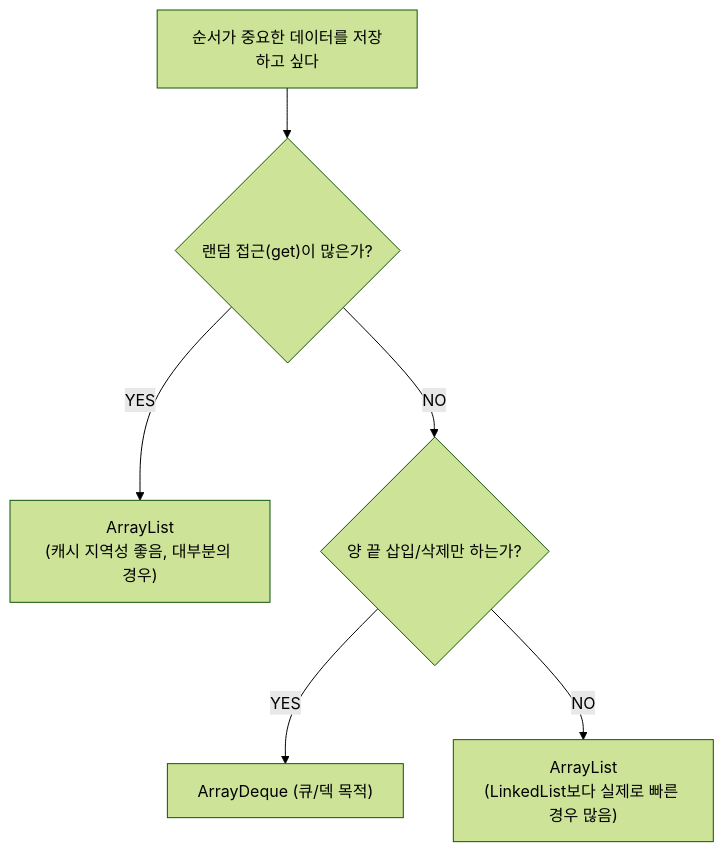
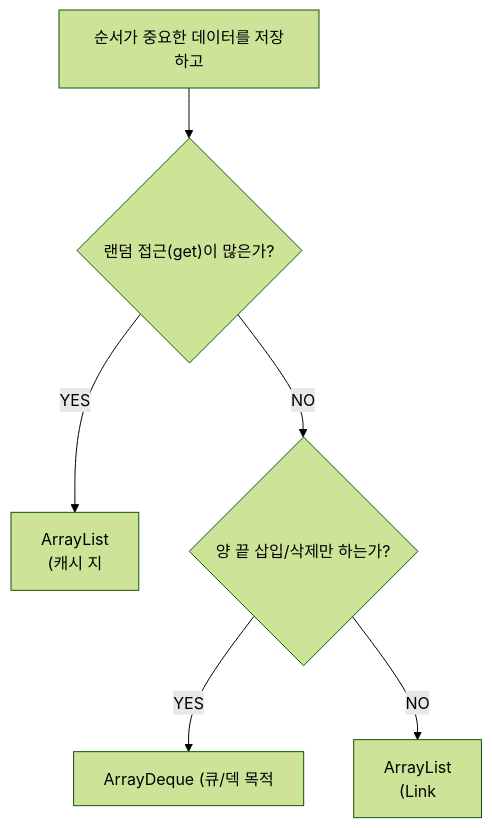
One commit to yjkim2015/yjkim2015.github.io changed diagram 19 of 21 in _posts/java/2026-05-01-java-collections.md. Above: the diagram before and after it, drawn with Mermaid (forest theme). The commit also changed other lines of this file and 271 other files, not shown here.

First line of the commit message:
Mermaid 라벨 축소: 긴 노드 텍스트 18자 이하로 트림 + \n 제거

````diff
--- a/_posts/java/2026-05-01-java-collections.md
+++ b/_posts/java/2026-05-01-java-collections.md
@@ -958,14 +958,14 @@
 ```mermaid
 graph TD
-    L0["순서가 중요한 데이터를 저장하고 싶다"]
+    L0["순서가 중요한 데이터를 저장하고"]
     L1{"랜덤 접근(get)이 많은가?"}
-    L2["ArrayList<br>(캐시 지역성 좋음, 대부분의 경우)"]
+    L2["ArrayList<br>(캐시 지"]
     L3{"양 끝 삽입/삭제만 하는가?"}
-    L4["ArrayDeque (큐/덱 목적)"]
-    L5["ArrayList<br>(LinkedList보다 실제로 빠른 경우 많음)"]
+    L4["ArrayDeque (큐/덱 목적"]
+    L5["ArrayList<br>(Link"]
     L0 --> L1
     L1 -->|YES| L2
     L1 -->|NO| L3
     L3 -->|YES| L4
     L3 -->|NO| L5
 ```
````
